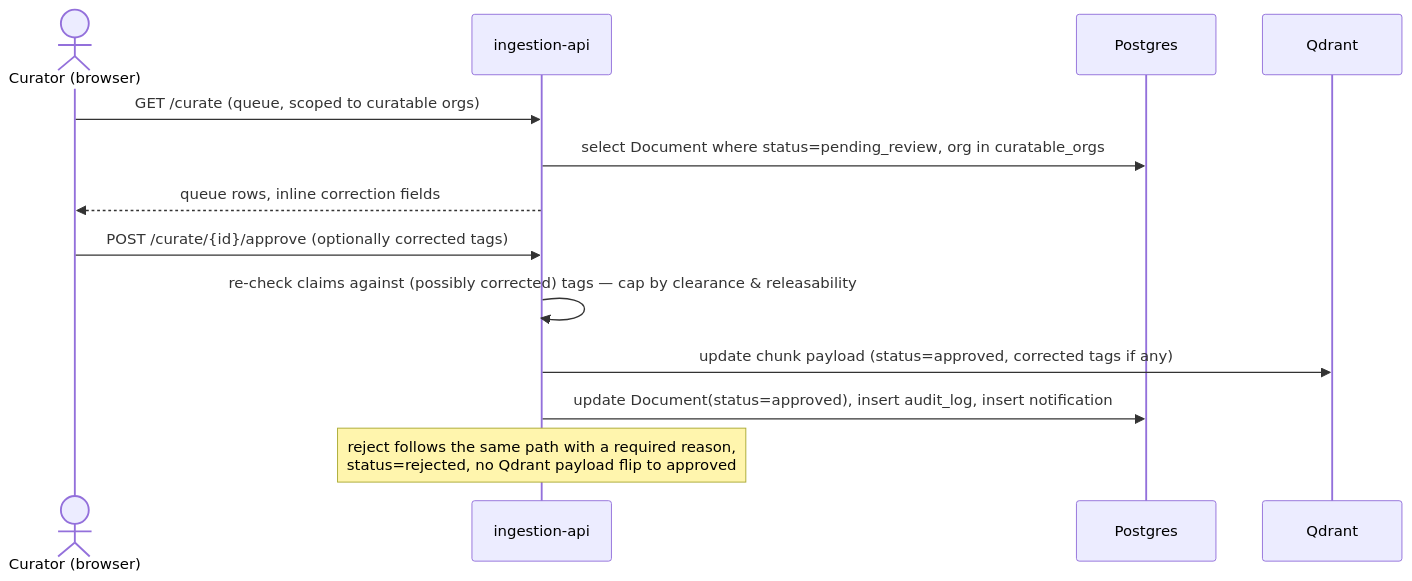
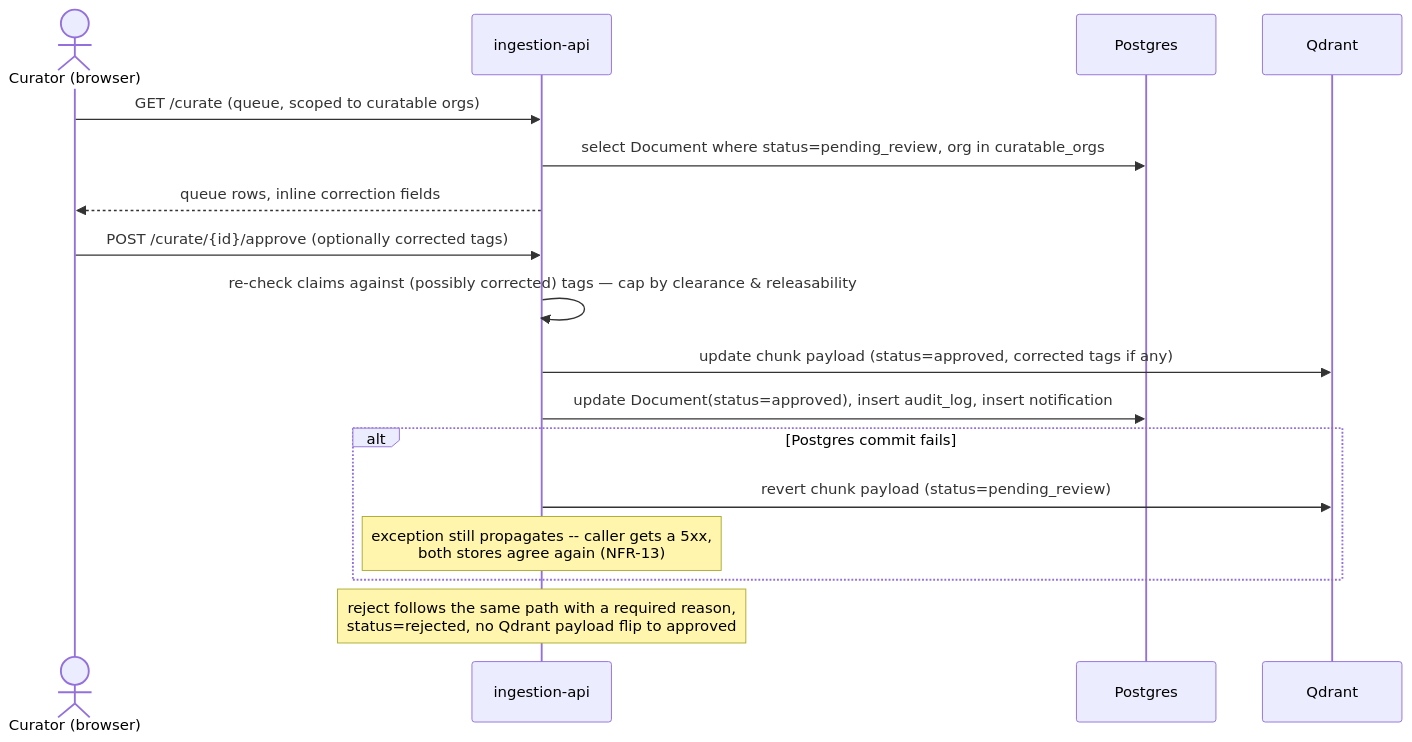
One commit to schuecl/nexus-rag changed the fourth of 8 diagrams in ARCHITECTURE.md. Above: the diagram before and after it, drawn with Mermaid. The commit also changed other lines of this file and 1 other file, not shown here.

````diff
--- a/ARCHITECTURE.md
+++ b/ARCHITECTURE.md
@@ -139,16 +186,20 @@
 ```mermaid
 sequenceDiagram
     actor C as Curator (browser)
     participant I as ingestion-api
     participant PG as Postgres
     participant Q as Qdrant
 
     C->>I: GET /curate (queue, scoped to curatable orgs)
     I->>PG: select Document where status=pending_review, org in curatable_orgs
     I-->>C: queue rows, inline correction fields
     C->>I: POST /curate/{id}/approve (optionally corrected tags)
     I->>I: re-check claims against (possibly corrected) tags — cap by clearance & releasability
     I->>Q: update chunk payload (status=approved, corrected tags if any)
     I->>PG: update Document(status=approved), insert audit_log, insert notification
+    alt Postgres commit fails
+        I->>Q: revert chunk payload (status=pending_review)
+        Note over I: exception still propagates -- caller gets a 5xx,<br/>both stores agree again (NFR-13)
+    end
     Note over I: reject follows the same path with a required reason,<br/>status=rejected, no Qdrant payload flip to approved
 ```
````
